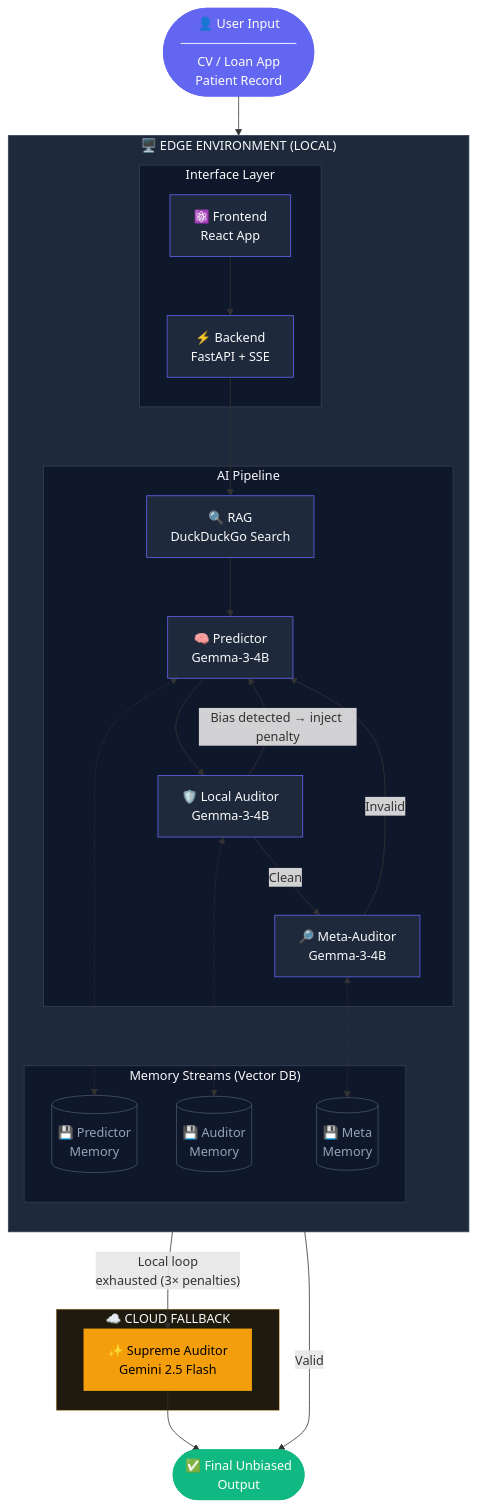
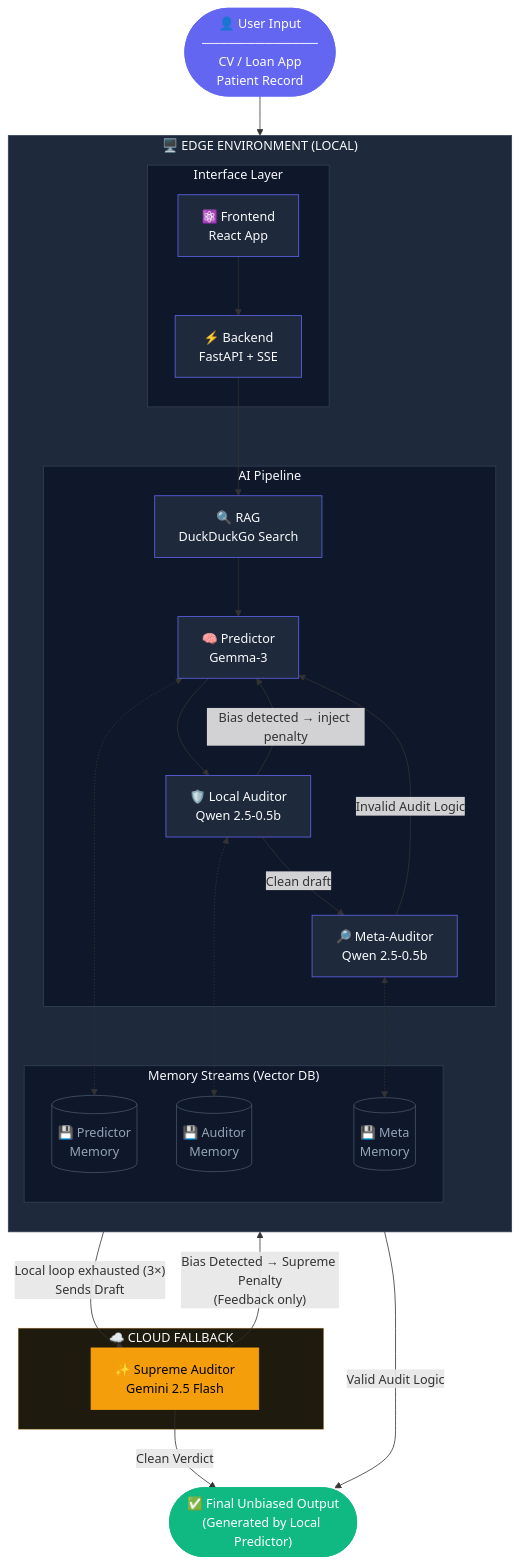
Before and after one commit to SayanSantra-t/unbaised_AI: the diagram in README.md, drawn with Mermaid.

````diff
--- a/README.md
+++ b/README.md
@@ -11,67 +11,71 @@
 ```mermaid
 flowchart TD
     User(["👤 User Input\n─────────────\nCV / Loan App\nPatient Record"])
 
     subgraph EDGE["🖥️ EDGE ENVIRONMENT (LOCAL)"]
         direction TB
 
         subgraph UI["Interface Layer"]
             FE["⚛️ Frontend\nReact App"]
             BE["⚡ Backend\nFastAPI + SSE"]
         end
 
         subgraph PIPELINE["AI Pipeline"]
             RAG["🔍 RAG\nDuckDuckGo Search"]
-            PRED["🧠 Predictor\nGemma-3-4B"]
-            AUD["🛡️ Local Auditor\nGemma-3-4B"]
-            META["🔎 Meta-Auditor\nGemma-3-4B"]
+            PRED["🧠 Predictor\nGemma-3"]
+            AUD["🛡️ Local Auditor\nQwen 2.5-0.5b"]
+            META["🔎 Meta-Auditor\nQwen 2.5-0.5b"]
         end
 
         subgraph MEMORY["Memory Streams (Vector DB)"]
             VM1[("💾 Predictor\nMemory")]
             VM2[("💾 Auditor\nMemory")]
             VM3[("💾 Meta\nMemory")]
         end
     end
 
     subgraph CLOUD["☁️ CLOUD FALLBACK"]
         SUP["✨ Supreme Auditor\nGemini 2.5 Flash"]
     end
 
-    RESULT(["✅ Final Unbiased\nOutput"])
+    RESULT(["✅ Final Unbiased Output\n(Generated by Local Predictor)"])
 
     User --> FE --> BE
     BE --> RAG
     RAG --> PRED
     PRED --> AUD
+    
+    %% Local Loop Logic
     AUD -- "Bias detected → inject penalty" --> PRED
-    AUD -- "Clean" --> META
-    META -- "Valid" --> RESULT
-    META -- "Invalid" --> PRED
+    AUD -- "Clean draft" --> META
+    META -- "Invalid Audit Logic" --> PRED
+    META -- "Valid Audit Logic" --> RESULT
 
+    %% Vector DB Connections
     PRED <-.-> VM1
     AUD  <-.-> VM2
     META <-.-> VM3
 
-    %% Updated Fallback Logic
-    AUD -- "Local loop\nexhausted (3× penalties)" --> SUP
-    SUP --> RESULT
+    %% Corrected Supreme Fallback Logic
+    AUD -- "Local loop exhausted (3×)\nSends Draft" --> SUP
+    SUP -- "Bias Detected → Supreme Penalty\n(Feedback only)" --> PRED
+    SUP -- "Clean Verdict" --> RESULT
 
     style EDGE fill:#1e293b,stroke:#334155,color:#f8fafc
     style CLOUD fill:#1e1a0e,stroke:#f59e0b55,color:#f8fafc
     style PIPELINE fill:#0f172a,stroke:#334155,color:#f8fafc
     style UI fill:#0f172a,stroke:#334155,color:#f8fafc
     style MEMORY fill:#0f172a,stroke:#334155,color:#f8fafc
     style User fill:#6366f1,stroke:#6366f1,color:#fff
     style RESULT fill:#10b981,stroke:#10b981,color:#fff
     style SUP fill:#f59e0b,stroke:#f59e0b,color:#000
     style FE fill:#1e293b,stroke:#6366f1,color:#f8fafc
     style BE fill:#1e293b,stroke:#6366f1,color:#f8fafc
     style RAG fill:#1e293b,stroke:#6366f1,color:#f8fafc
     style PRED fill:#1e293b,stroke:#6366f1,color:#f8fafc
     style AUD fill:#1e293b,stroke:#6366f1,color:#f8fafc
     style META fill:#1e293b,stroke:#6366f1,color:#f8fafc
     style VM1 fill:#0f172a,stroke:#475569,color:#94a3b8
     style VM2 fill:#0f172a,stroke:#475569,color:#94a3b8
     style VM3 fill:#0f172a,stroke:#475569,color:#94a3b8
 ```
````
